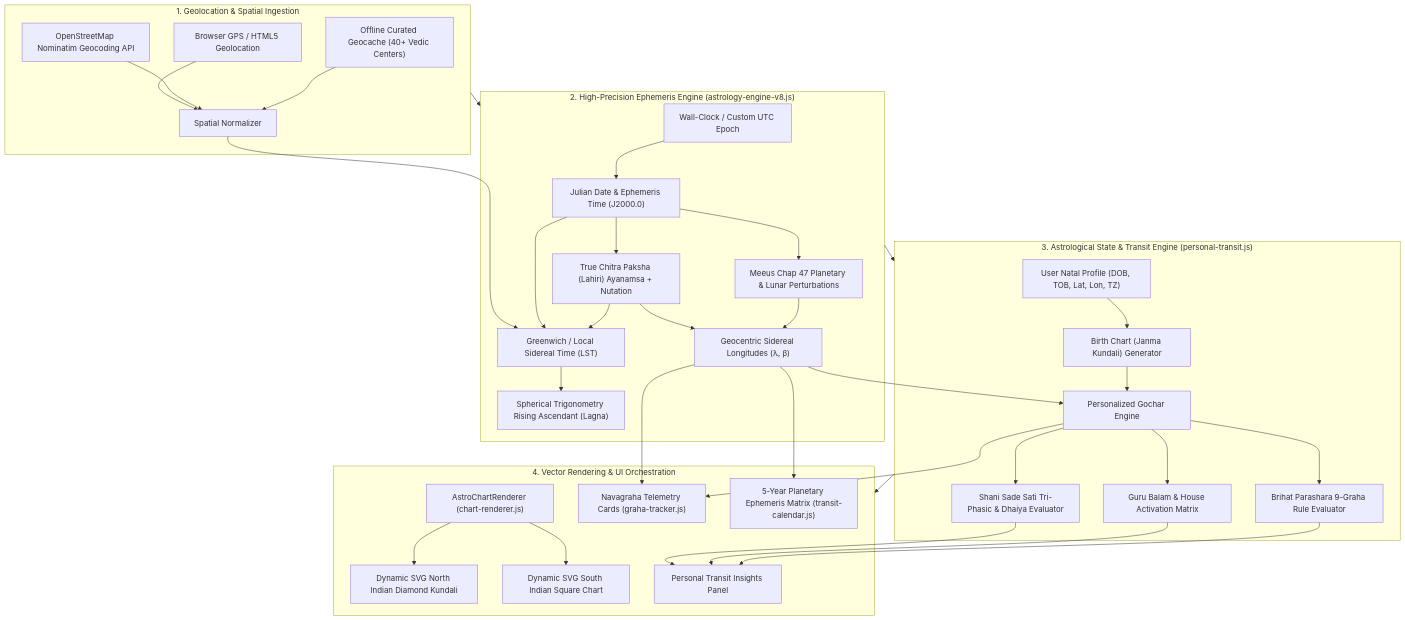
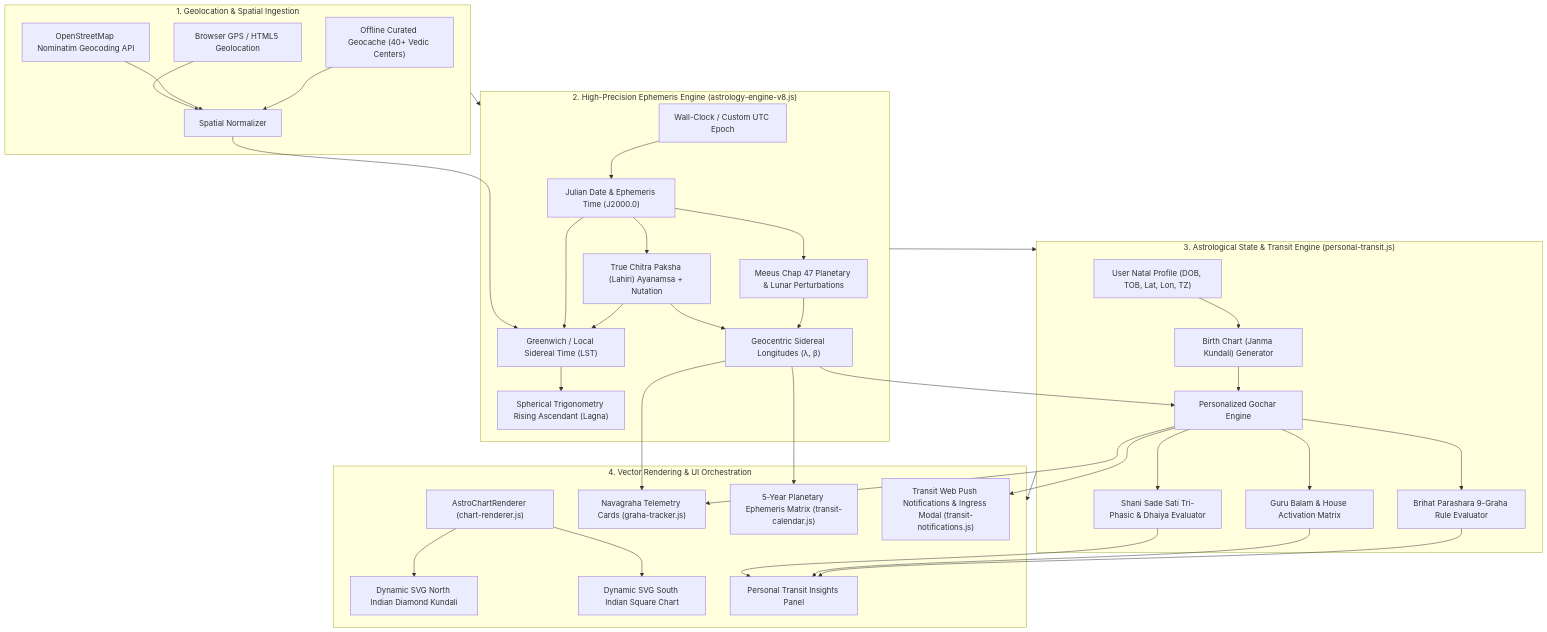
One commit to ashishh-tech/Grahamandal changed the diagram in README.md. Above: the diagram before and after it, drawn with Mermaid. The commit also changed other lines of this file and 3 other files, not shown here.

Commit message:
feat: add real-time transit web push notifications with personalized short significance & detailed ingress modal

````diff
--- a/README.md
+++ b/README.md
@@ -17,37 +17,38 @@
 ```mermaid
 flowchart TD
     subgraph GeoLayer["1. Geolocation & Spatial Ingestion"]
         A1["Browser GPS / HTML5 Geolocation"] --> A4["Spatial Normalizer"]
         A2["OpenStreetMap Nominatim Geocoding API"] --> A4
         A3["Offline Curated Geocache (40+ Vedic Centers)"] --> A4
     end
 
     subgraph AstroEngine["2. High-Precision Ephemeris Engine (astrology-engine-v8.js)"]
         B1["Wall-Clock / Custom UTC Epoch"] --> B2["Julian Date & Ephemeris Time (J2000.0)"]
         B2 --> B3["True Chitra Paksha (Lahiri) Ayanamsa + Nutation"]
         B2 --> B4["Meeus Chap 47 Planetary & Lunar Perturbations"]
         B3 & B4 --> B5["Geocentric Sidereal Longitudes (λ, β)"]
         A4 & B2 & B3 --> B6["Greenwich / Local Sidereal Time (LST)"]
         B6 --> B7["Spherical Trigonometry Rising Ascendant (Lagna)"]
     end
 
     subgraph TransitLayer["3. Astrological State & Transit Engine (personal-transit.js)"]
         C1["User Natal Profile (DOB, TOB, Lat, Lon, TZ)"] --> C2["Birth Chart (Janma Kundali) Generator"]
         C2 & B5 --> C3["Personalized Gochar Engine"]
         C3 --> C4["Shani Sade Sati Tri-Phasic & Dhaiya Evaluator"]
         C3 --> C5["Guru Balam & House Activation Matrix"]
         C3 --> C6["Brihat Parashara 9-Graha Rule Evaluator"]
     end
 
     subgraph PresentationLayer["4. Vector Rendering & UI Orchestration"]
         D1["AstroChartRenderer (chart-renderer.js)"] --> D2["Dynamic SVG North Indian Diamond Kundali"]
         D1 --> D3["Dynamic SVG South Indian Square Chart"]
         B5 & C3 --> D4["Navagraha Telemetry Cards (graha-tracker.js)"]
         C4 & C5 & C6 --> D5["Personal Transit Insights Panel"]
         B5 --> D6["5-Year Planetary Ephemeris Matrix (transit-calendar.js)"]
+        C3 --> D7["Transit Web Push Notifications & Ingress Modal (transit-notifications.js)"]
     end
 
     GeoLayer --> AstroEngine
     AstroEngine --> TransitLayer
     TransitLayer --> PresentationLayer
 ```
````
